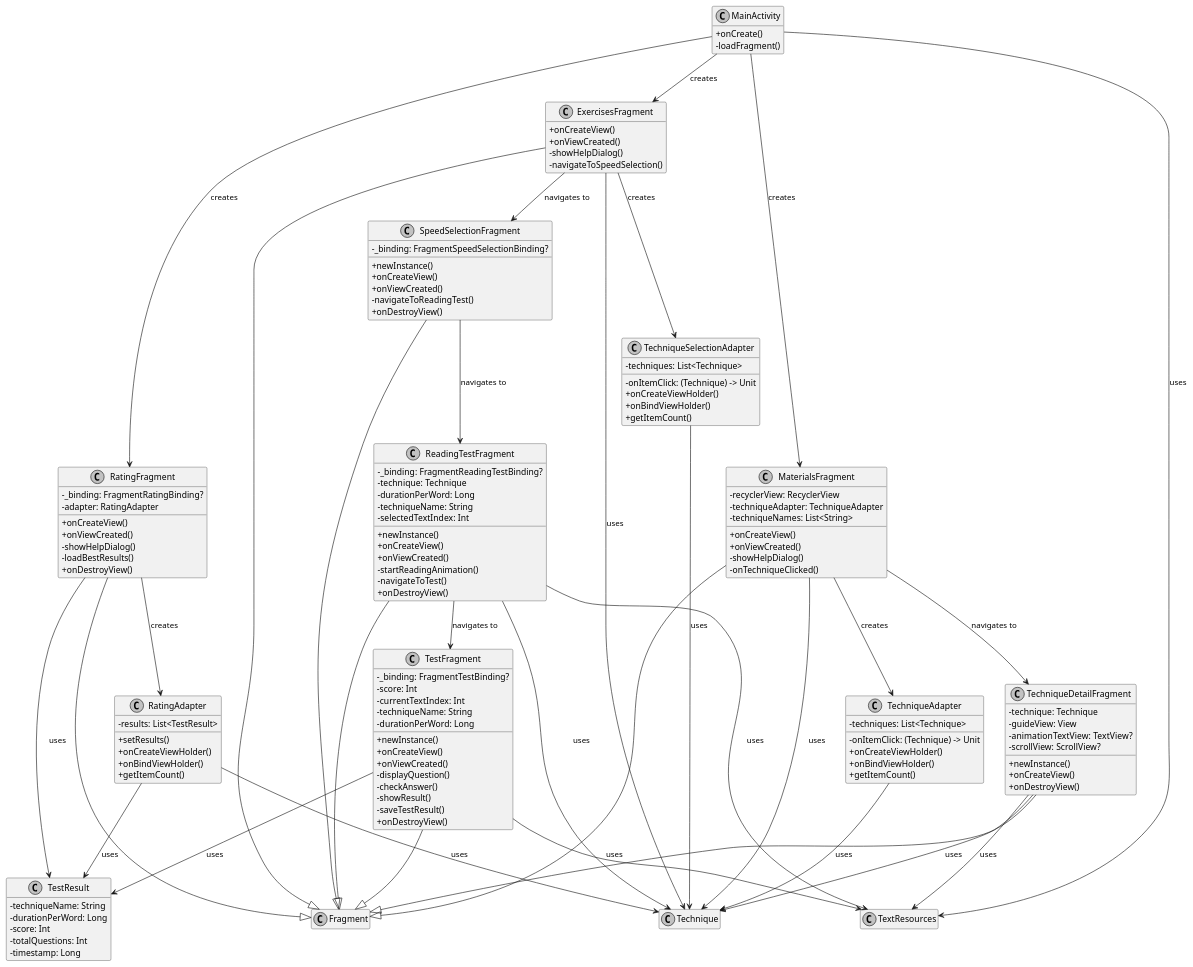
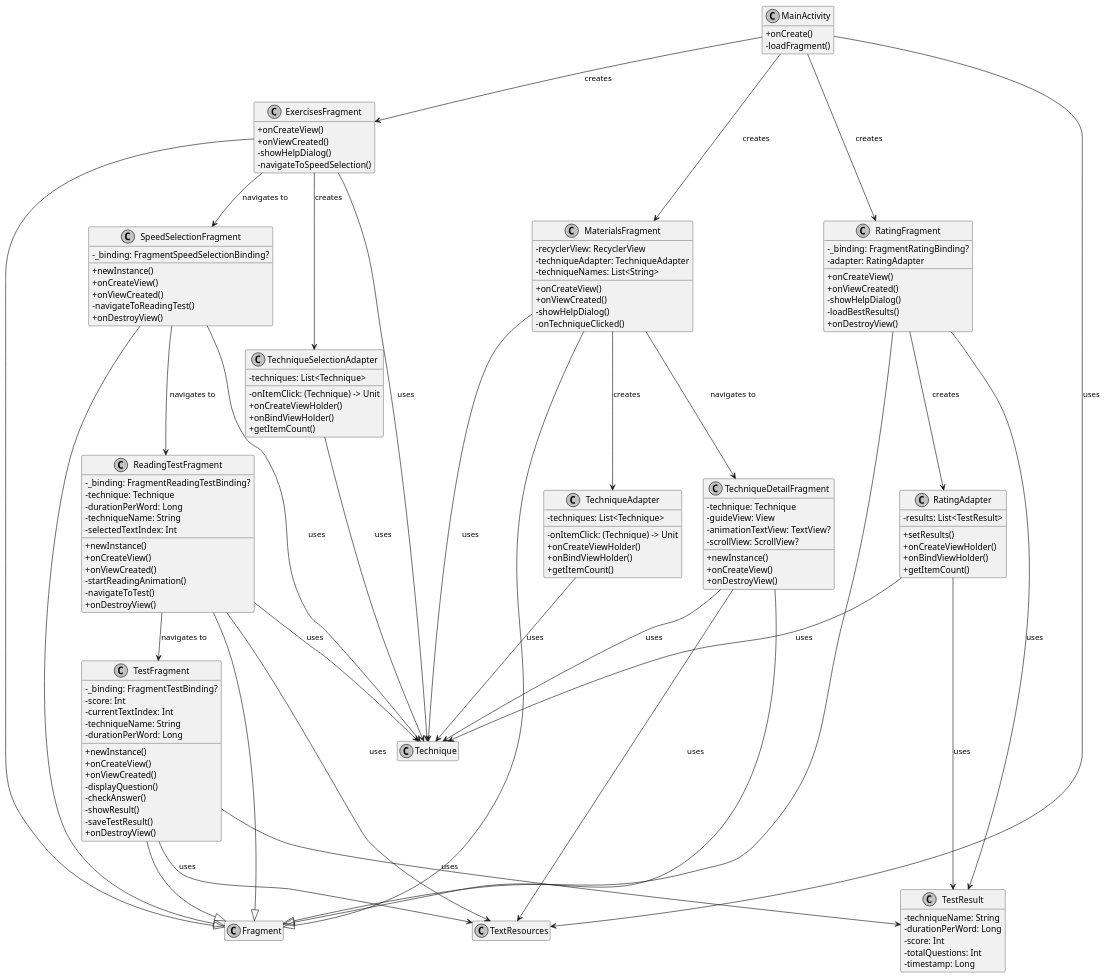
The diagram in diagram4.puml (dmitryvsl/scorochtenie), drawn with PlantUML before and after one commit. The commit also changed 2 other files, not shown here.

```diff
--- a/diagram4.puml
+++ b/diagram4.puml
@@ -1,179 +1,178 @@
 @startuml
 skinparam monochrome true
 skinparam classAttributeIconSize 0
 
 ' Класс MainActivity
 class MainActivity {
   + onCreate()
   - loadFragment()
 }
 
 ' Класс ExercisesFragment
 class ExercisesFragment {
   + onCreateView()
   + onViewCreated()
   - showHelpDialog()
   - navigateToSpeedSelection()
 }
 
 ' Класс MaterialsFragment
 class MaterialsFragment {
   - recyclerView: RecyclerView
   - techniqueAdapter: TechniqueAdapter
   - techniqueNames: List<String>
   + onCreateView()
   + onViewCreated()
   - showHelpDialog()
   - onTechniqueClicked()
 }
 
 ' Класс RatingFragment
 class RatingFragment {
   - _binding: FragmentRatingBinding?
   - adapter: RatingAdapter
   + onCreateView()
   + onViewCreated()
   - showHelpDialog()
   - loadBestResults()
   + onDestroyView()
 }
 
 ' Класс ReadingTestFragment
 class ReadingTestFragment {
   - _binding: FragmentReadingTestBinding?
   - technique: Technique
   - durationPerWord: Long
   - techniqueName: String
   - selectedTextIndex: Int
   + newInstance()
   + onCreateView()
   + onViewCreated()
   - startReadingAnimation()
   - navigateToTest()
   + onDestroyView()
 }
 
 ' Класс SpeedSelectionFragment
 class SpeedSelectionFragment {
   - _binding: FragmentSpeedSelectionBinding?
   + newInstance()
   + onCreateView()
   + onViewCreated()
   - navigateToReadingTest()
   + onDestroyView()
 }
 
 ' Класс TechniqueAdapter
 class TechniqueAdapter {
   - techniques: List<Technique>
   - onItemClick: (Technique) -> Unit
   + onCreateViewHolder()
   + onBindViewHolder()
   + getItemCount()
 }
 
 ' Класс TechniqueDetailFragment
 class TechniqueDetailFragment {
   - technique: Technique
   - guideView: View
   - animationTextView: TextView?
   - scrollView: ScrollView?
   + newInstance()
   + onCreateView()
   + onDestroyView()
 }
 
 ' Класс TechniqueSelectionAdapter
 class TechniqueSelectionAdapter {
   - techniques: List<Technique>
   - onItemClick: (Technique) -> Unit
   + onCreateViewHolder()
   + onBindViewHolder()
   + getItemCount()
 }
 
 ' Класс TestFragment
 class TestFragment {
   - _binding: FragmentTestBinding?
   - score: Int
   - currentTextIndex: Int
   - techniqueName: String
   - durationPerWord: Long
   + newInstance()
   + onCreateView()
   + onViewCreated()
   - displayQuestion()
   - checkAnswer()
   - showResult()
   - saveTestResult()
   + onDestroyView()
 }
 
 ' Класс RatingAdapter
 class RatingAdapter {
   - results: List<TestResult>
   + setResults()
   + onCreateViewHolder()
   + onBindViewHolder()
   + getItemCount()
 }
 
 ' Класс TestResult
 class TestResult {
   - techniqueName: String
   - durationPerWord: Long
   - score: Int
   - totalQuestions: Int
   - timestamp: Long
 }
 
 ' Внешние зависимости
-
 class Technique
 
 ' Отношения
 ExercisesFragment --|> Fragment
 MaterialsFragment --|> Fragment
 RatingFragment --|> Fragment
 ReadingTestFragment --|> Fragment
 SpeedSelectionFragment --|> Fragment
 TechniqueDetailFragment --|> Fragment
-
 TestFragment --|> Fragment
 
 MainActivity --> ExercisesFragment : creates
 MainActivity --> MaterialsFragment : creates
 MainActivity --> RatingFragment : creates
 MainActivity --> TextResources : uses
 
 ExercisesFragment --> Technique : uses
 ExercisesFragment --> TechniqueSelectionAdapter : creates
 ExercisesFragment --> SpeedSelectionFragment : navigates to
 
 MaterialsFragment --> Technique : uses
 MaterialsFragment --> TechniqueAdapter : creates
 MaterialsFragment --> TechniqueDetailFragment : navigates to
 
 RatingFragment --> RatingAdapter : creates
 RatingFragment --> TestResult : uses
 
 ReadingTestFragment --> Technique : uses
 ReadingTestFragment --> TextResources : uses
 ReadingTestFragment --> TestFragment : navigates to
 
+SpeedSelectionFragment --> Technique : uses
 SpeedSelectionFragment --> ReadingTestFragment : navigates to
 
 TechniqueAdapter --> Technique : uses
 TechniqueSelectionAdapter --> Technique : uses
 
 TechniqueDetailFragment --> Technique : uses
 TechniqueDetailFragment --> TextResources : uses
 
 TestFragment --> TextResources : uses
 TestFragment --> TestResult : uses
 
 RatingAdapter --> TestResult : uses
 RatingAdapter --> Technique : uses
 
 hide empty members
 @enduml
```
